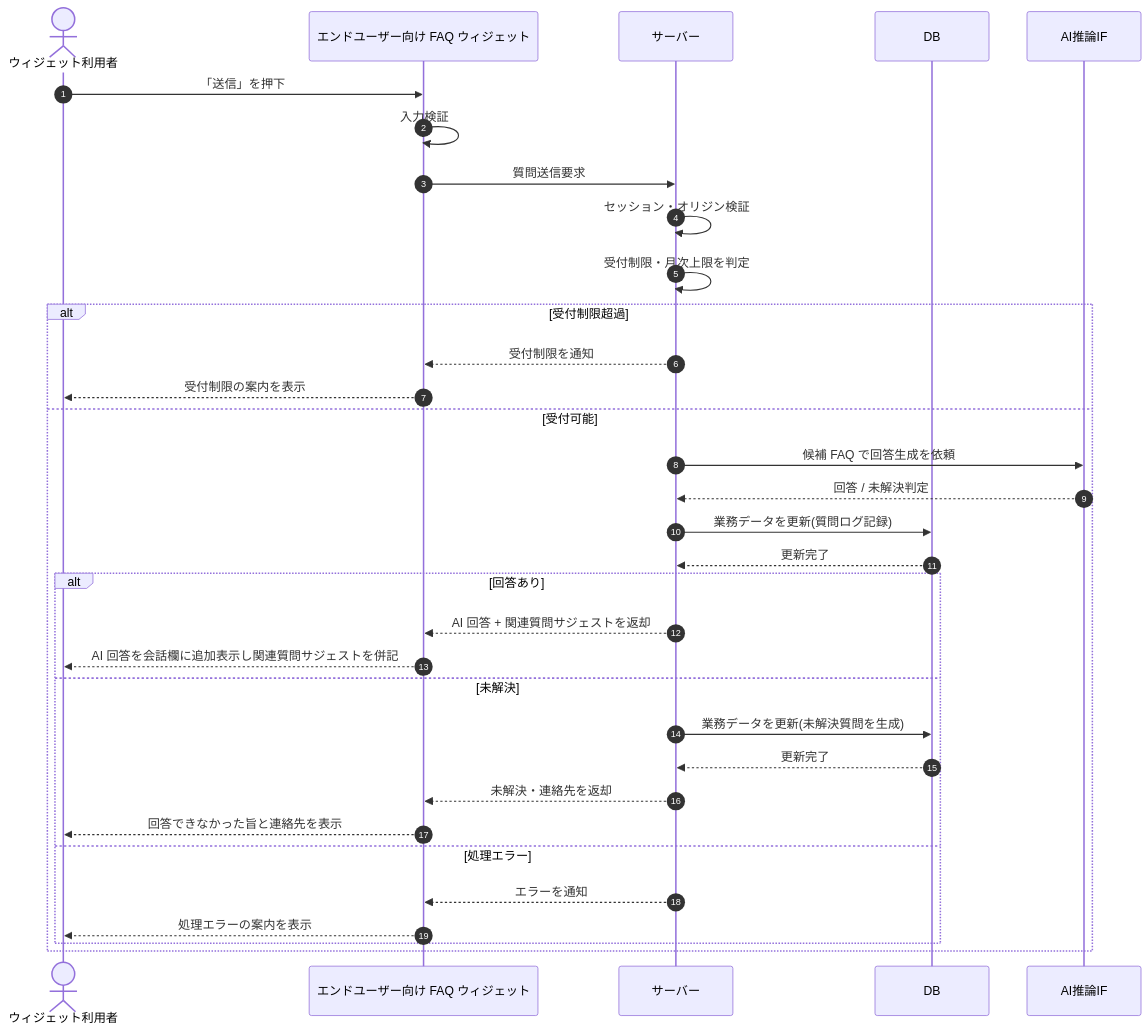
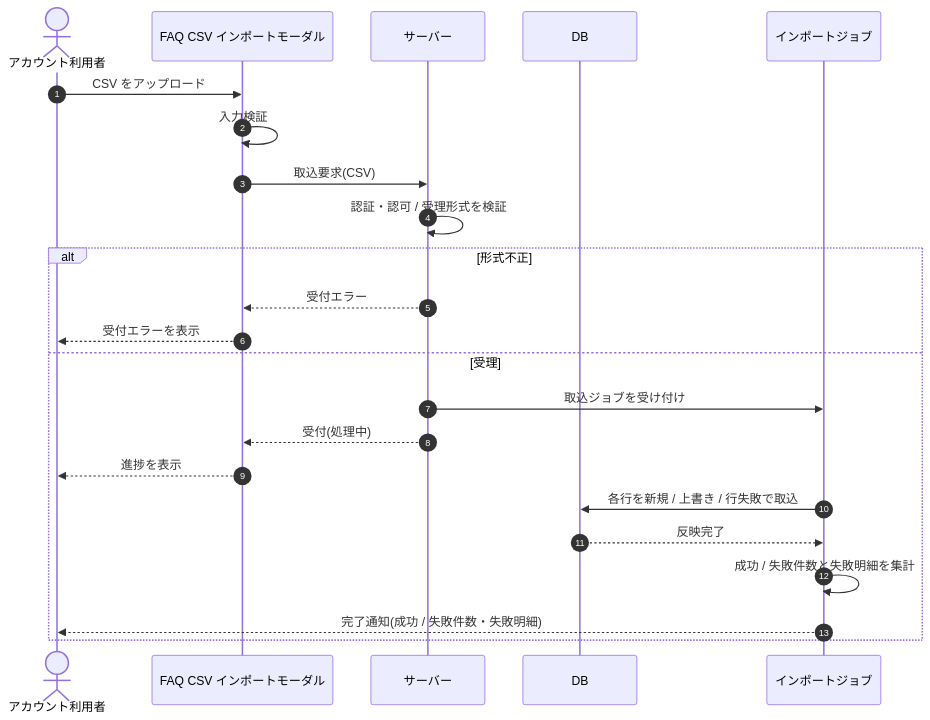
One commit to sikakou54/open-faq changed the diagram in 02_basic_design/03_sequences/SEQ-088.md. Above: the diagram before and after it, drawn with Mermaid. The commit also changed other lines of this file and 395 other files, not shown here.

````diff
--- a/02_basic_design/03_sequences/SEQ-088.md
+++ b/02_basic_design/03_sequences/SEQ-088.md
@@ -25,35 +25,25 @@
 ```mermaid
 sequenceDiagram
   autonumber
-  actor U as ウィジェット利用者
-  participant Screen as エンドユーザー向け FAQ ウィジェット
+  actor U as アカウント利用者
+  participant Screen as FAQ CSV インポートモーダル
   participant Server as サーバー
   participant DB as DB
-  participant AI as AI推論IF
-  U->>Screen: 「送信」を押下
+  participant J as インポートジョブ
+  U->>Screen: CSV をアップロード
   Screen->>Screen: 入力検証
-  Screen->>Server: 質問送信要求
-  Server->>Server: セッション・オリジン検証
-  Server->>Server: 受付制限・月次上限を判定
-  alt 受付制限超過
-    Server-->>Screen: 受付制限を通知
-    Screen-->>U: 受付制限の案内を表示
-  else 受付可能
-    Server->>AI: 候補 FAQ で回答生成を依頼
-    AI-->>Server: 回答 / 未解決判定
-    Server->>DB: 業務データを更新(質問ログ記録)
-    DB-->>Server: 更新完了
-    alt 回答あり
-      Server-->>Screen: AI 回答 + 関連質問サジェストを返却
-      Screen-->>U: AI 回答を会話欄に追加表示し関連質問サジェストを併記
-    else 未解決
-      Server->>DB: 業務データを更新(未解決質問を生成)
-      DB-->>Server: 更新完了
-      Server-->>Screen: 未解決・連絡先を返却
-      Screen-->>U: 回答できなかった旨と連絡先を表示
-    else 処理エラー
-      Server-->>Screen: エラーを通知
-      Screen-->>U: 処理エラーの案内を表示
-    end
+  Screen->>Server: 取込要求(CSV)
+  Server->>Server: 認証・認可 / 受理形式を検証
+  alt 形式不正
+    Server-->>Screen: 受付エラー
+    Screen-->>U: 受付エラーを表示
+  else 受理
+    Server->>J: 取込ジョブを受け付け
+    Server-->>Screen: 受付(処理中)
+    Screen-->>U: 進捗を表示
+    J->>DB: 各行を新規 / 上書き / 行失敗で取込
+    DB-->>J: 反映完了
+    J->>J: 成功 / 失敗件数と失敗明細を集計
+    J-->>U: 完了通知(成功 / 失敗件数・失敗明細)
   end
 ```
````
